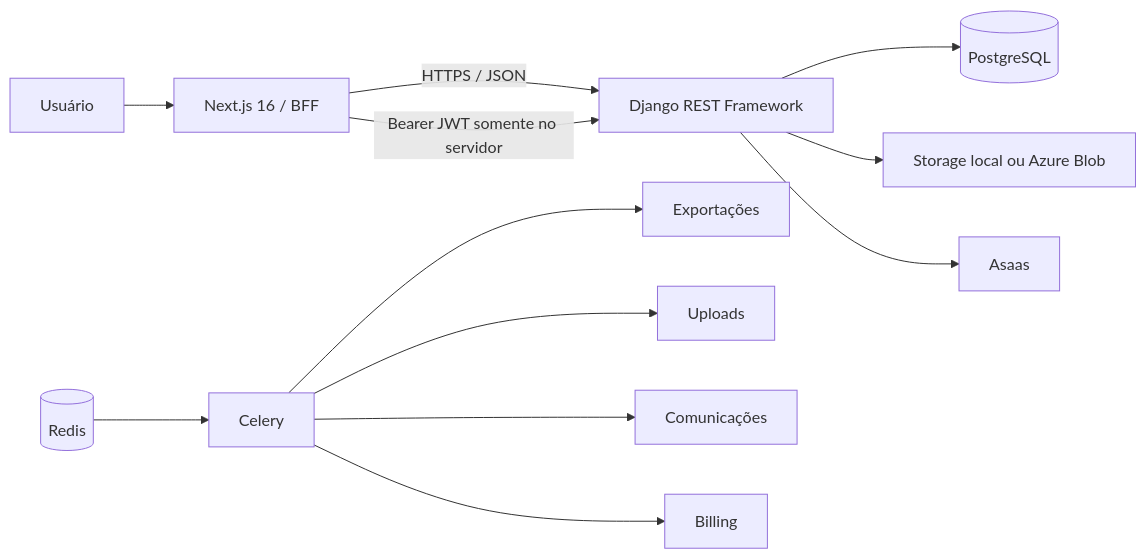
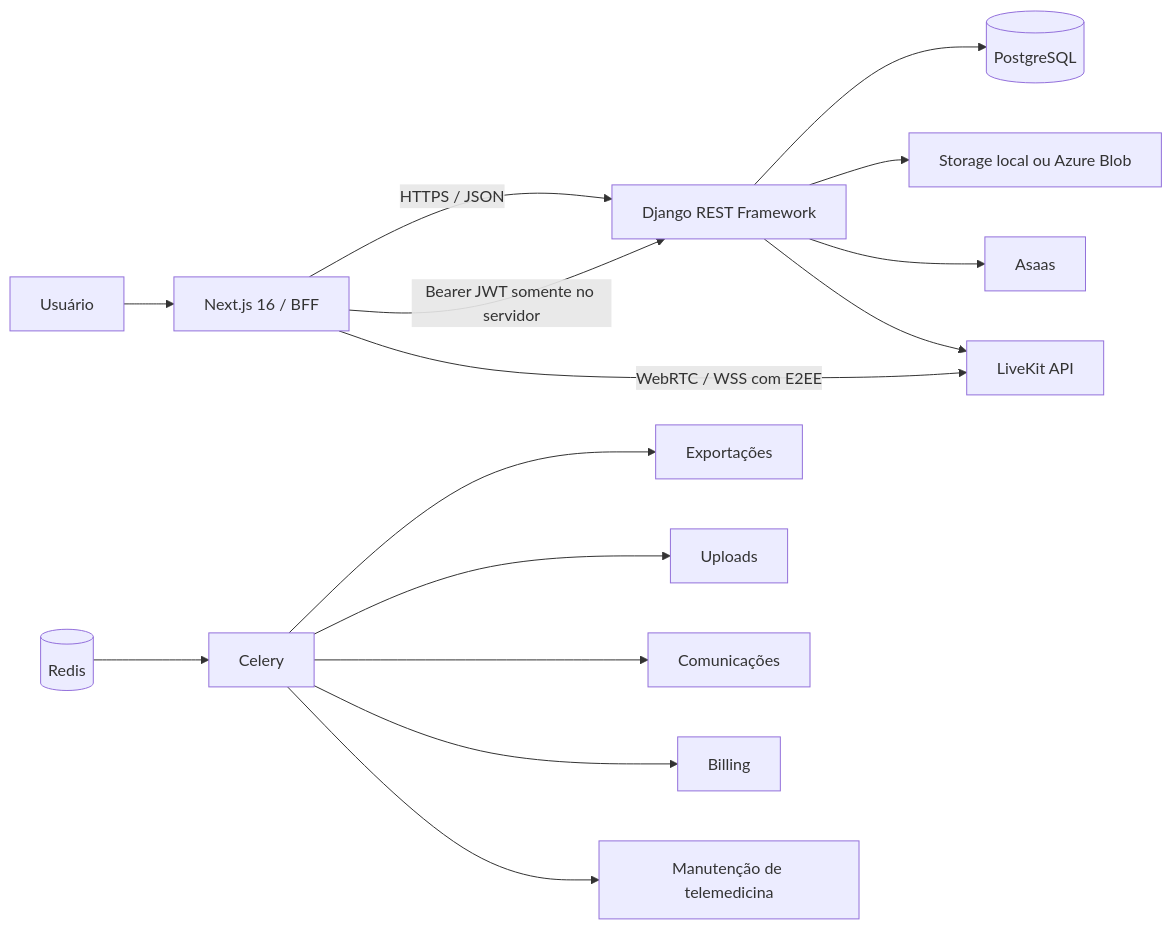
Before and after one commit to FlavioProgramador/EloTerapeutico: the diagram in README.md, drawn with Mermaid. The commit also changed other lines of this file, not shown here.

Commit message:
docs(telemedicina): atualiza visão geral do projeto

````diff
--- a/README.md
+++ b/README.md
@@ -52,14 +53,17 @@
 ```mermaid
 flowchart LR
     U[Usuário] --> F[Next.js 16 / BFF]
     F -->|HTTPS / JSON| A[Django REST Framework]
     F -->|Bearer JWT somente no servidor| A
     A --> P[(PostgreSQL)]
     A --> S[Storage local ou Azure Blob]
     A --> G[Asaas]
+    A --> L[LiveKit API]
+    F -->|WebRTC / WSS com E2EE| L
     R[(Redis)] --> C[Celery]
     C --> EX[Exportações]
     C --> UP[Uploads]
     C --> CO[Comunicações]
     C --> BI[Billing]
+    C --> TM[Manutenção de telemedicina]
 ```
````
